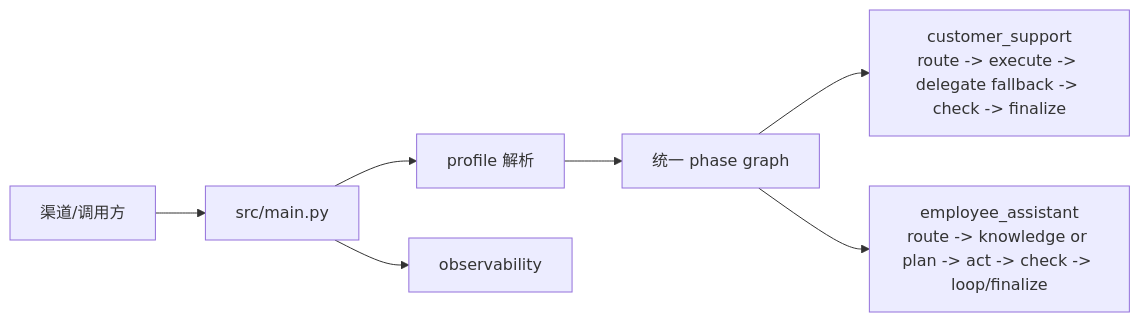
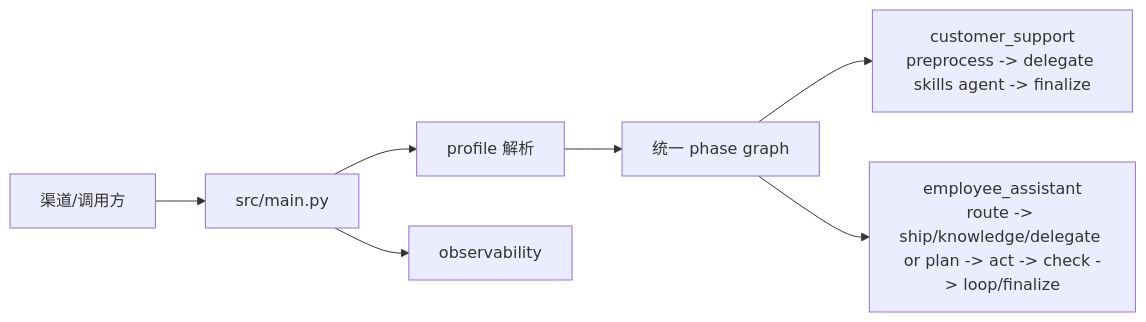
Before and after one commit to lr12338/hifleet-agent: the diagram in docs/README.md, drawn with Mermaid. The commit also changed other lines of this file and 41 other files, not shown here.

````diff
--- a/docs/README.md
+++ b/docs/README.md
@@ -35,9 +34,9 @@
 ```mermaid
 flowchart LR
     Client[渠道/调用方] --> API[src/main.py]
     API --> Profile[profile 解析]
     Profile --> Graph[统一 phase graph]
-    Graph --> CS[customer_support<br/>route -> execute -> delegate fallback -> check -> finalize]
-    Graph --> Employee[employee_assistant<br/>route -> knowledge or plan -> act -> check -> loop/finalize]
+    Graph --> CS[customer_support<br/>preprocess -> delegate skills agent -> finalize]
+    Graph --> Employee[employee_assistant<br/>route -> ship/knowledge/delegate or plan -> act -> check -> loop/finalize]
     API --> Obs[observability]
 ```
````
